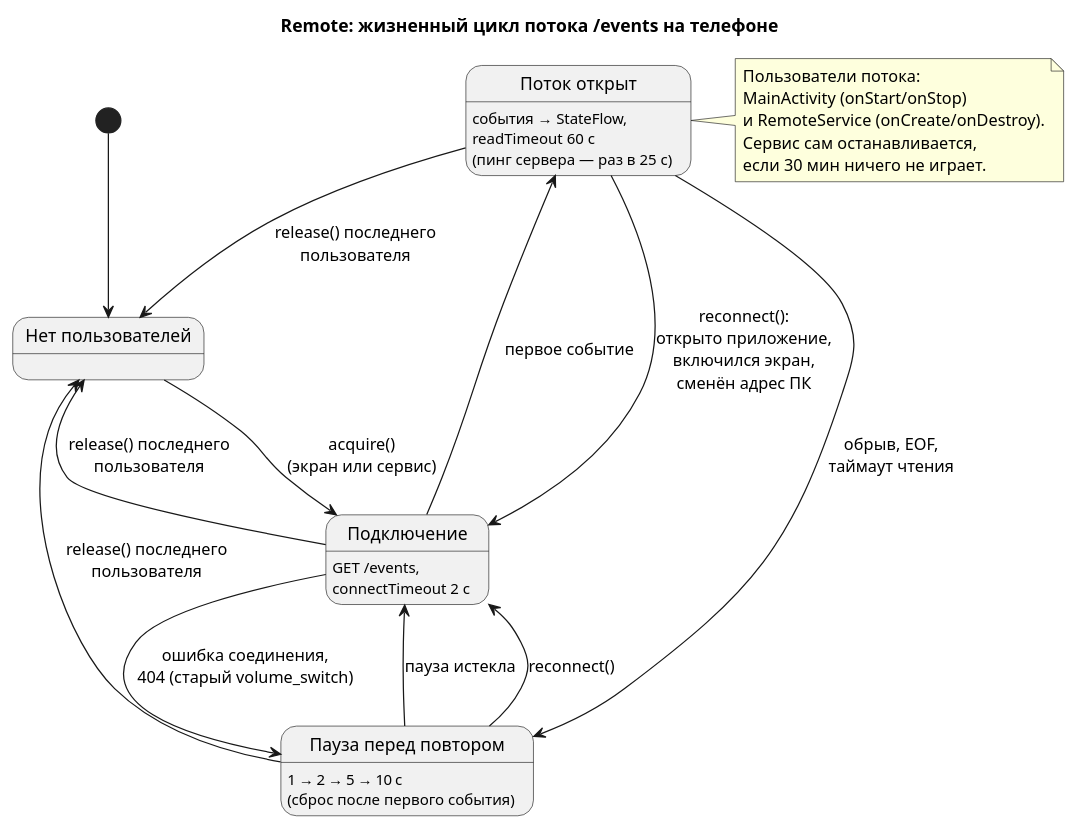
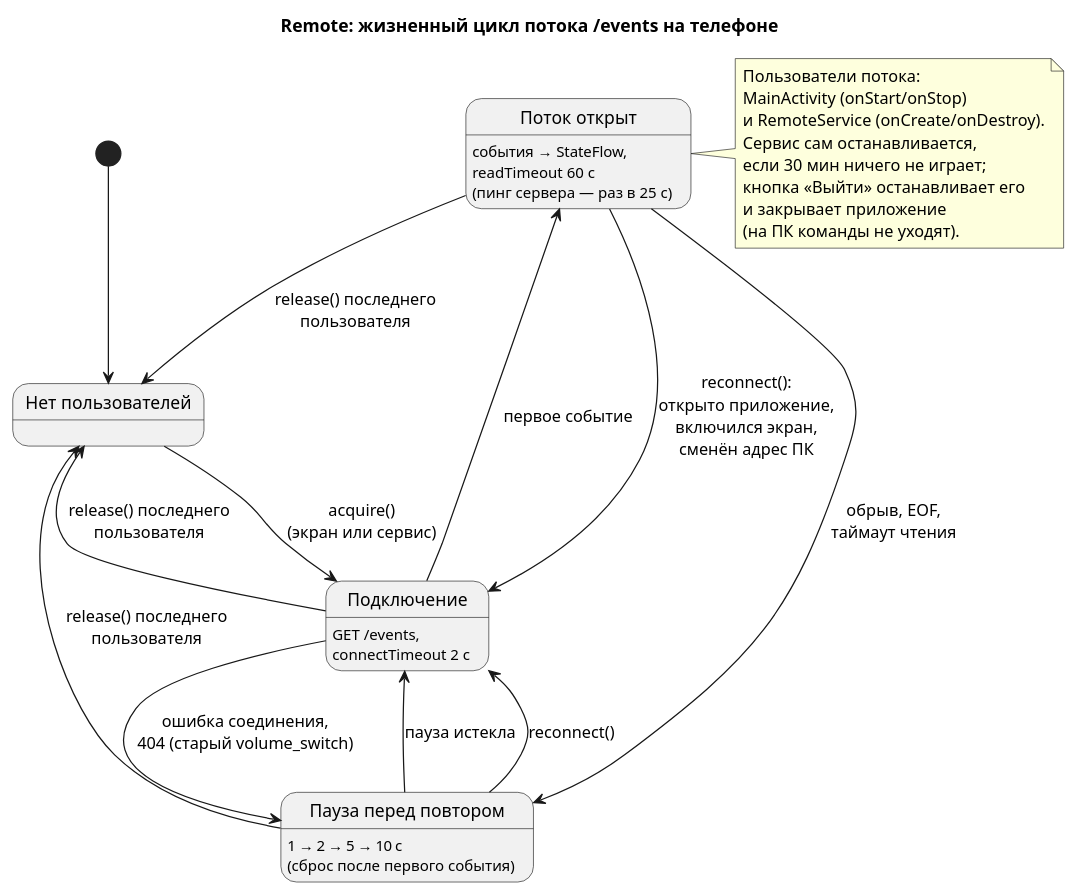
Before and after one commit to des1roer/volume_switch: the diagram in docs/plantuml/04-stream-states.puml, drawn with PlantUML. The commit also changed 5 other files, not shown here.

```diff
--- a/docs/plantuml/04-stream-states.puml
+++ b/docs/plantuml/04-stream-states.puml
@@ -1,31 +1,34 @@
 @startuml remote-stream-states
 title Remote: жизненный цикл потока /events на телефоне
 
 [*] --> Idle
 
 state "Нет пользователей" as Idle
 state "Подключение" as Connecting : GET /events,\nconnectTimeout 2 с
 state "Поток открыт" as Streaming : события → StateFlow,\nreadTimeout 60 с\n(пинг сервера — раз в 25 с)
 state "Пауза перед повтором" as Backoff : 1 → 2 → 5 → 10 с\n(сброс после первого события)
 
 Idle --> Connecting : acquire()\n(экран или сервис)
 Connecting --> Streaming : первое событие
 Connecting --> Backoff : ошибка соединения,\n404 (старый volume_switch)
 Streaming --> Backoff : обрыв, EOF,\nтаймаут чтения
 Backoff --> Connecting : пауза истекла
 
 Streaming --> Connecting : reconnect():\nоткрыто приложение,\nвключился экран,\nсменён адрес ПК
 Backoff --> Connecting : reconnect()
 
 Connecting --> Idle : release() последнего\nпользователя
 Streaming --> Idle : release() последнего\nпользователя
 Backoff --> Idle : release() последнего\nпользователя
 
 note right of Streaming
   Пользователи потока:
   MainActivity (onStart/onStop)
   и RemoteService (onCreate/onDestroy).
   Сервис сам останавливается,
-  если 30 мин ничего не играет.
+  если 30 мин ничего не играет;
+  кнопка «Выйти» останавливает его
+  и закрывает приложение
+  (на ПК команды не уходят).
 end note
 @enduml
```
